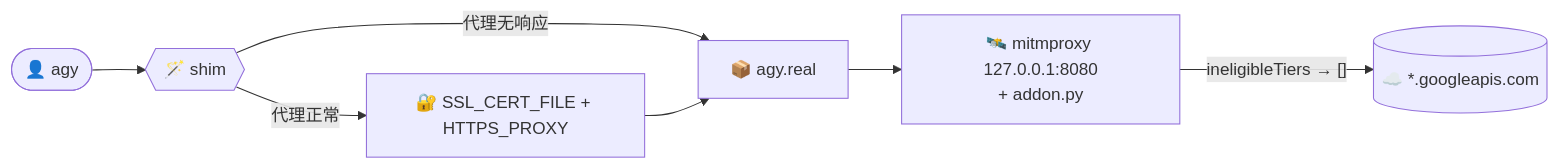
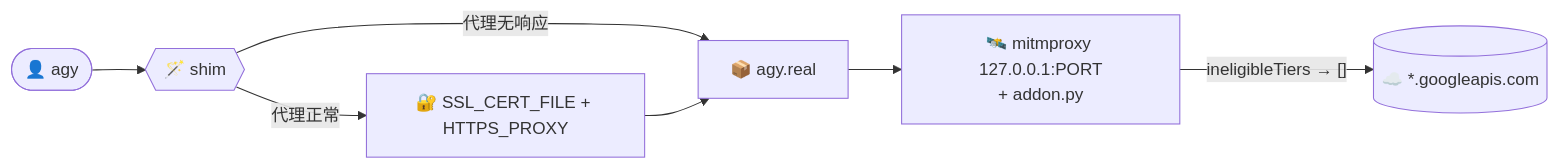
The first of 2 diagrams in README.zh.md (nazavod777/agy-region-fixer), drawn with Mermaid before and after one commit. The commit also changed other lines of this file and 7 other files, not shown here.

````diff
--- a/README.zh.md
+++ b/README.zh.md
@@ -98,9 +98,9 @@
 ```mermaid
 flowchart LR
     U([👤 agy]) --> S{{"🪄 shim"}}
     S -- "代理正常" --> E["🔐 SSL_CERT_FILE + HTTPS_PROXY"]
     S -- "代理无响应" --> R
     E --> R["📦 agy.real"]
-    R --> P["🛰️ mitmproxy 127.0.0.1:8080<br/>+ addon.py"]
+    R --> P["🛰️ mitmproxy 127.0.0.1:PORT<br/>+ addon.py"]
     P -- "ineligibleTiers → []" --> G[("☁️ *.googleapis.com")]
 ```
````
